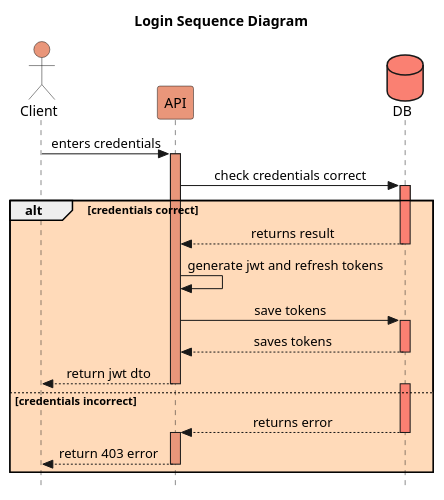
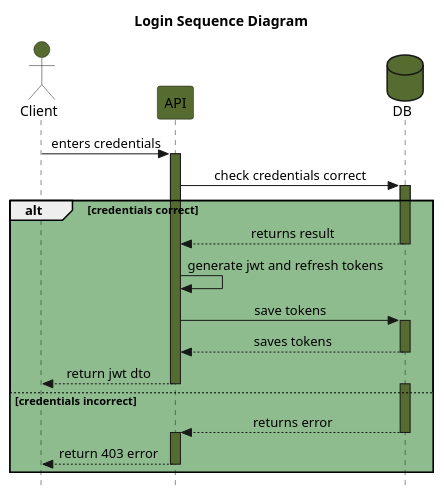
One commit to Arquisoft/wiq_en2b changed the diagram in docs/diagrams/sequence/SequenceDiagramLogIn.puml. Above: the diagram before and after it, drawn with PlantUML. The commit also changed 2 other files, not shown here.

```diff
--- a/docs/diagrams/sequence/SequenceDiagramLogIn.puml
+++ b/docs/diagrams/sequence/SequenceDiagramLogIn.puml
@@ -1,33 +1,33 @@
 @startuml login
 title Login Sequence Diagram
-actor Client #darksalmon
-participant API #darksalmon
-database DB #salmon
+actor Client #darkolivegreen
+participant API #darkolivegreen
+database DB #darkolivegreen
 skinparam Style strictuml
 skinparam SequenceMessageAlignment center
 
 Client -> API : enters credentials
-activate API #darksalmon
+activate API #darkolivegreen
 API -> DB    : check credentials correct
-alt #PeachPuff credentials correct
-    activate DB #salmon
+alt #darkseagreen credentials correct
+    activate DB #darkolivegreen
     DB --> API     : returns result
     deactivate DB
     API -> API : generate jwt and refresh tokens
     API -> DB    : save tokens
-    activate DB #salmon
+    activate DB #darkolivegreen
     DB --> API     : saves tokens
     deactivate DB
     API --> Client : return jwt dto
     deactivate API
 else credentials incorrect
-    activate DB #salmon
+    activate DB #darkolivegreen
     DB --> API     : returns error
     deactivate DB
-    activate API #darksalmon
+    activate API #darkolivegreen
     API --> Client : return 403 error
     deactivate API
 end
 
 
 @enduml
```
